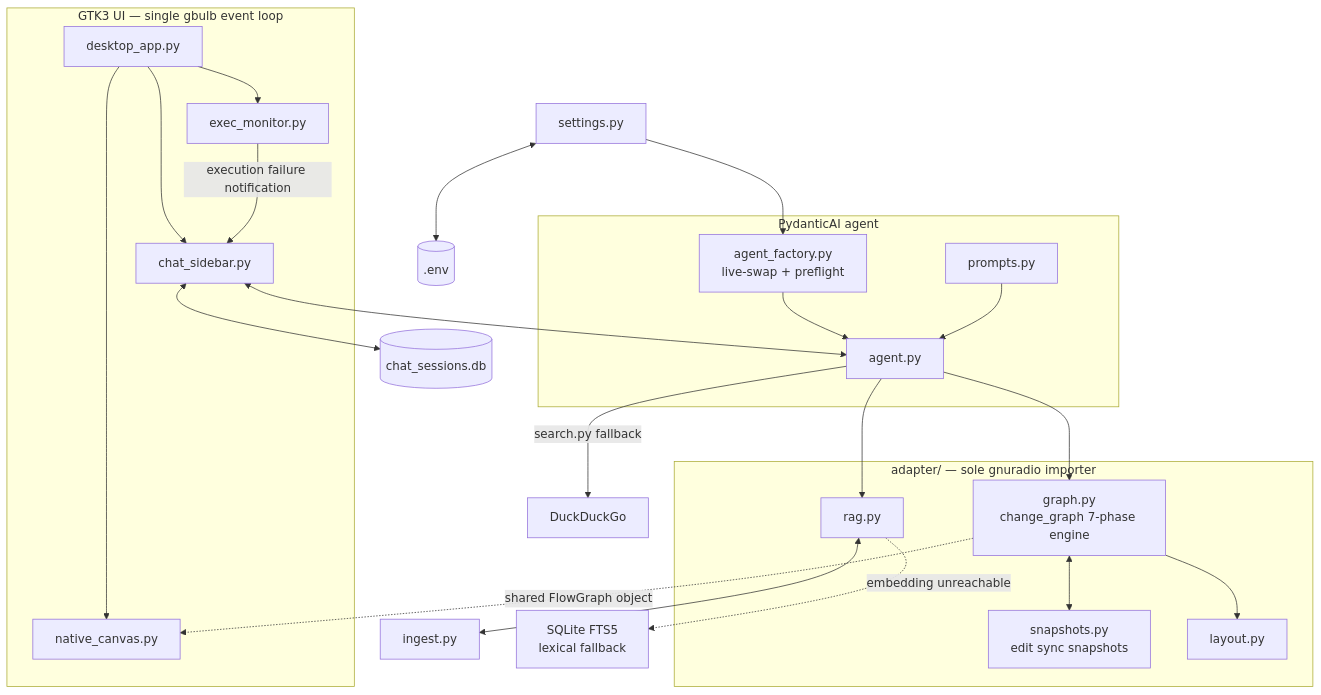
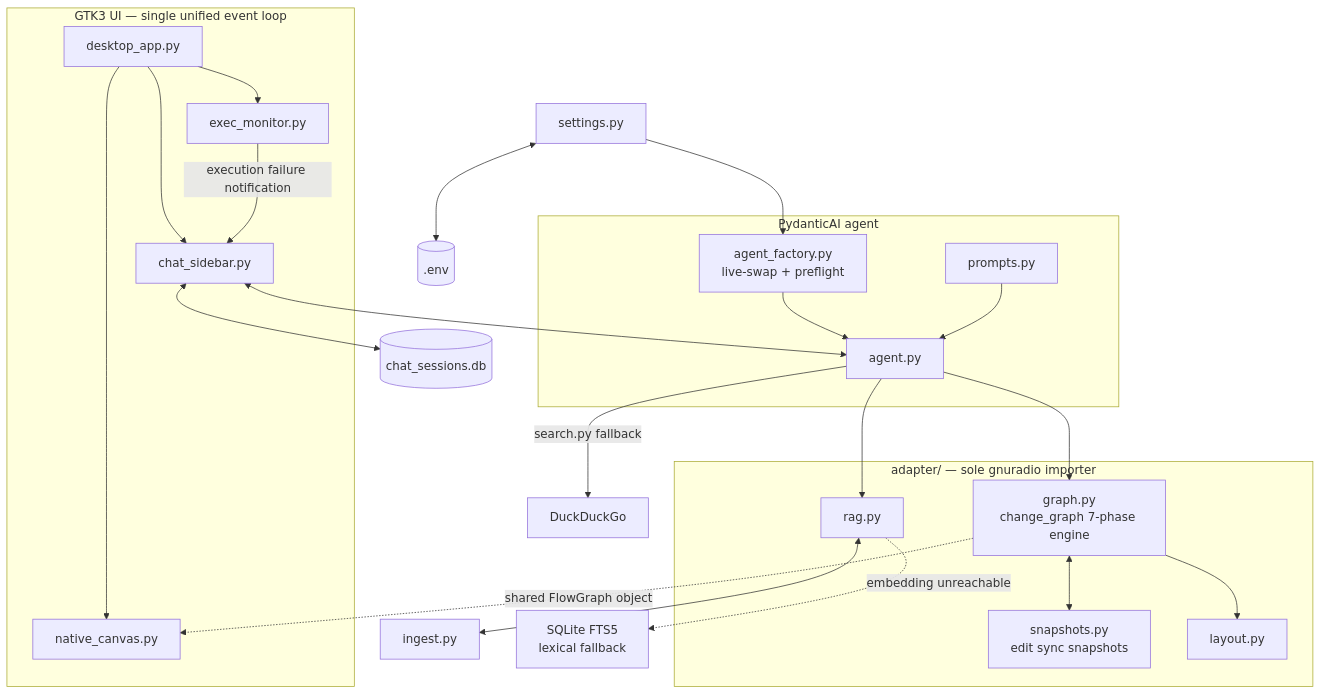
Before and after one commit to qoherent/GRC-Agent: the diagram in README.md, drawn with Mermaid. The commit also changed other lines of this file and 12 other files, not shown here.

````diff
--- a/README.md
+++ b/README.md
@@ -27,38 +28,38 @@
 ```mermaid
 flowchart TB
-  subgraph UI["GTK3 UI — single gbulb event loop"]
+  subgraph UI["GTK3 UI — single unified event loop"]
     DA["desktop_app.py"]
     CS["chat_sidebar.py"]
     NC["native_canvas.py"]
     EM["exec_monitor.py"]
   end
   subgraph AGT["PydanticAI agent"]
     AF["agent_factory.py<br/>live-swap + preflight"]
     AG["agent.py"]
     PR["prompts.py"]
   end
   subgraph ADP["adapter/ — sole gnuradio importer"]
     GR["graph.py<br/>change_graph 7-phase engine"]
     SN["snapshots.py<br/>edit sync snapshots"]
     LY["layout.py"]
     RG["rag.py"]
   end
   ST["settings.py"] <--> ENV[(".env")]
   ST --> AF
   DA --> CS
   DA --> NC
   DA --> EM
   CS <--> AG
   CS <--> DB[("chat_sessions.db")]
   AF --> AG
   PR --> AG
   AG --> GR
   AG --> RG
   AG -->|"search.py fallback"| SR["DuckDuckGo"]
   RG <--> ING["ingest.py"]
   RG -.->|"embedding unreachable"| FTS["SQLite FTS5<br/>lexical fallback"]
   GR <--> SN
   GR --> LY
   GR -.->|"shared FlowGraph object"| NC
   EM -->|"execution failure notification"| CS
 ```
````
